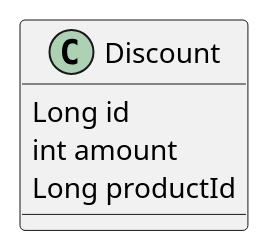
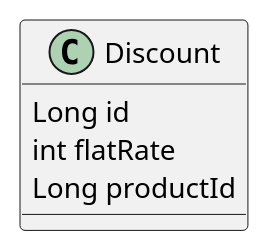
One commit to eastshine-high/possessions changed the diagram in diagram/Practice.puml. Above: the diagram before and after it, drawn with PlantUML.

```diff
--- a/diagram/Practice.puml
+++ b/diagram/Practice.puml
@@ -1,7 +1,7 @@
 @startuml
 class Discount{
     Long id
-    int amount
+    int flatRate
     Long productId
 }
 @enduml
```
